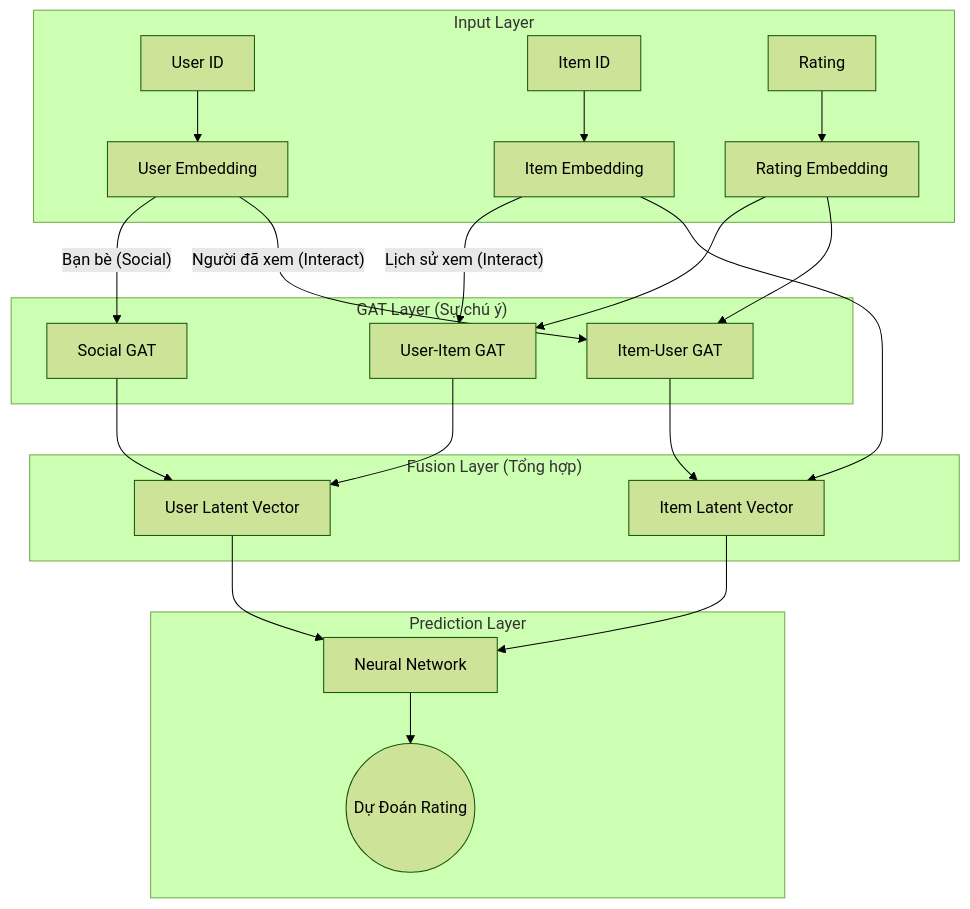
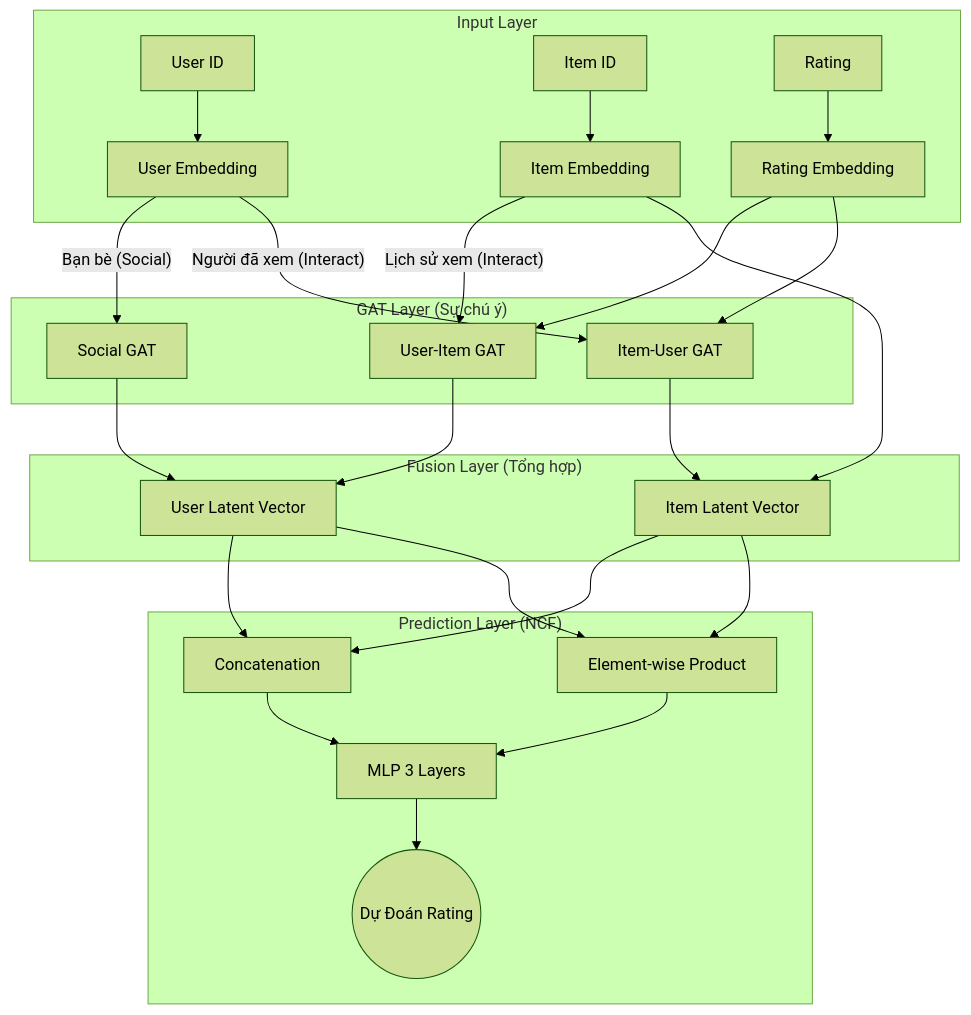
Before and after one commit to phuc0908/GAT-NSR-test: the first of 2 diagrams in TECHNICAL_README.md, drawn with Mermaid (forest theme). The commit also changed other lines of this file and 11 other files, not shown here.

Commit message:
feat: Add NCF layer, Epinions dataset, train/val/test split, and apply paper hyperparameters

````diff
--- a/TECHNICAL_README.md
+++ b/TECHNICAL_README.md
@@ -9,27 +9,29 @@
 ```mermaid
 graph TD
     subgraph "Input Layer"
         U[User ID] --> UE[User Embedding]
         I[Item ID] --> IE[Item Embedding]
         R[Rating] --> RE[Rating Embedding]
     end
 
     subgraph "GAT Layer (Sự chú ý)"
         UE --"Bạn bè (Social)"--> GAT_S[Social GAT]
         IE --"Lịch sử xem (Interact)"--> GAT_U[User-Item GAT]
         RE --> GAT_U
         
         UE --"Người đã xem (Interact)"--> GAT_I[Item-User GAT]
         RE --> GAT_I
     end
 
     subgraph "Fusion Layer (Tổng hợp)"
         GAT_S & GAT_U --> U_Fusion[User Latent Vector]
         IE & GAT_I --> I_Fusion[Item Latent Vector]
     end
 
-    subgraph "Prediction Layer"
-        U_Fusion & I_Fusion --> MLP[Neural Network]
+    subgraph "Prediction Layer (NCF)"
+        U_Fusion & I_Fusion --> Concat[Concatenation]
+        U_Fusion & I_Fusion --> Product[Element-wise Product]
+        Concat & Product --> MLP[MLP 3 Layers]
         MLP --> Score((Dự Đoán Rating))
     end
 ```
````
